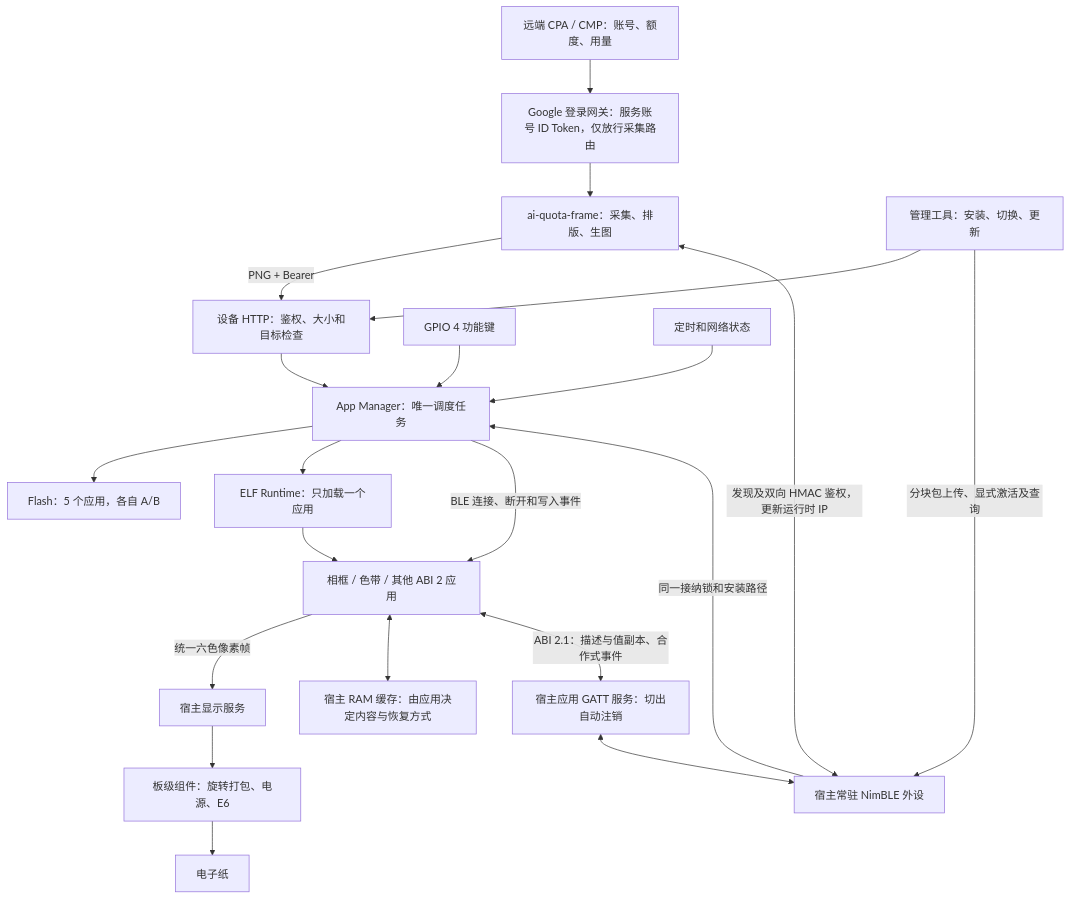
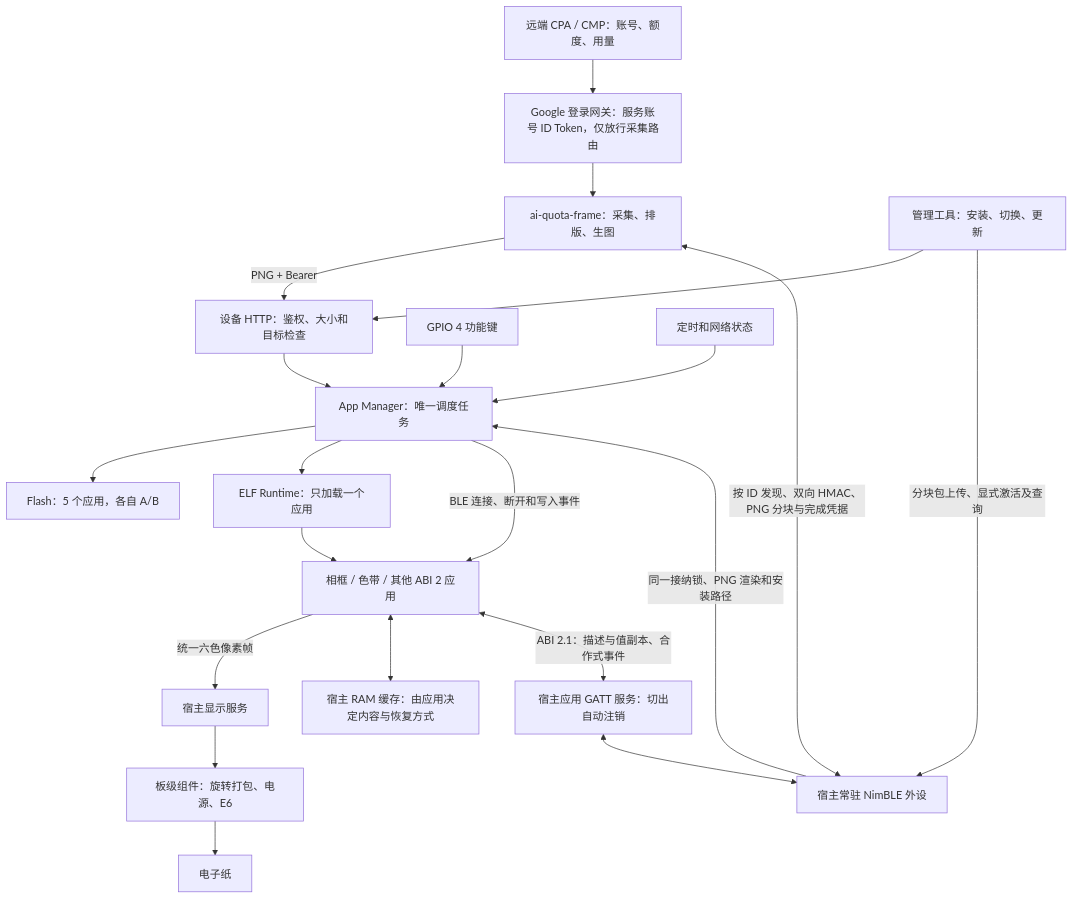
One commit to M1nt-Ch0c0/esp32s3 changed the first of 3 diagrams in ARCHITECTURE.md. Above: the diagram before and after it, drawn with Mermaid. The commit also changed other lines of this file and 1 other file, not shown here.

Commit message:
docs: preserve Mac BLE deployment and application handoff notes

````diff
--- a/ARCHITECTURE.md
+++ b/ARCHITECTURE.md
@@ -18,23 +18,23 @@
 ```mermaid
 flowchart TB
     API[远端 CPA / CMP：账号、额度、用量] --> Gateway[Google 登录网关：服务账号 ID Token，仅放行采集路由]
     Gateway --> PC[ai-quota-frame：采集、排版、生图]
     PC -->|PNG + Bearer| HTTP[设备 HTTP：鉴权、大小和目标检查]
     CLI[管理工具：安装、切换、更新] --> HTTP
-    PC <-->|发现及双向 HMAC 鉴权，更新运行时 IP| BLE[宿主常驻 NimBLE 外设]
+    PC <-->|按 ID 发现、双向 HMAC、PNG 分块与完成凭据| BLE[宿主常驻 NimBLE 外设]
     CLI -->|分块包上传、显式激活及查询| BLE
     HTTP --> Manager[App Manager：唯一调度任务]
-    BLE -->|同一接纳锁和安装路径| Manager
+    BLE -->|同一接纳锁、PNG 渲染和安装路径| Manager
     Key[GPIO 4 功能键] --> Manager
     Events[定时和网络状态] --> Manager
     Manager --> Catalog[Flash：5 个应用，各自 A/B]
     Manager --> Loader[ELF Runtime：只加载一个应用]
     Loader --> App[相框 / 色带 / 其他 ABI 2 应用]
     App -->|统一六色像素帧| Services[宿主显示服务]
     Services --> Board[板级组件：旋转打包、电源、E6]
     Board --> Panel[电子纸]
     App <--> Cache[宿主 RAM 缓存：由应用决定内容与恢复方式]
     App <-->|ABI 2.1：描述与值副本、合作式事件| AppBLE[宿主应用 GATT 服务：切出自动注销]
     AppBLE <--> BLE
     Manager -->|BLE 连接、断开和写入事件| App
 ```
````
